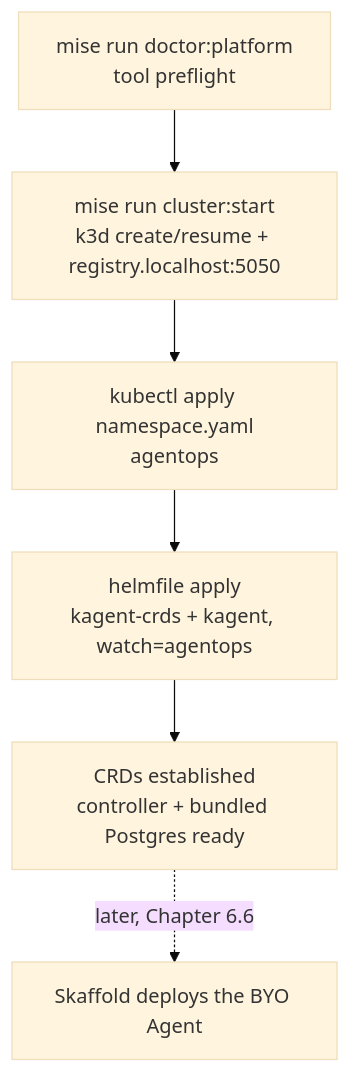
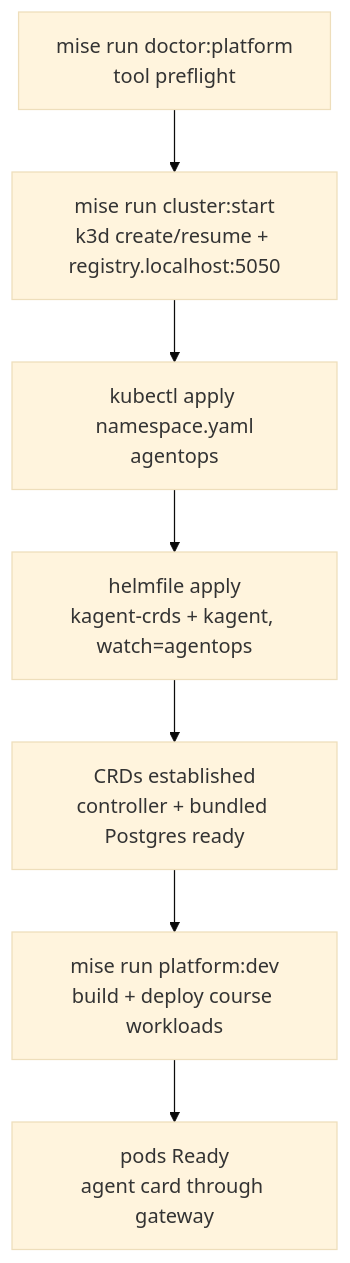
One commit to LuiGGi629/agentops-open-course changed the first of 3 diagrams in docs/6. Platform/6.2. Platform Install.md. Above: the diagram before and after it, drawn with Mermaid (base theme). The commit also changed other lines of this file and 121 other files, not shown here.

````diff
--- a/docs/6. Platform/6.2. Platform Install.md
+++ b/docs/6. Platform/6.2. Platform Install.md
@@ -15,8 +15,9 @@
 ```mermaid
 flowchart TD
     Doctor["mise run doctor:platform<br/>tool preflight"] --> Start["mise run cluster:start<br/>k3d create/resume + registry.localhost:5050"]
     Start --> NS["kubectl apply namespace.yaml<br/>agentops"]
     NS --> Helm["helmfile apply<br/>kagent-crds + kagent, watch=agentops"]
     Helm --> Ready["CRDs established<br/>controller + bundled Postgres ready"]
-    Ready -.->|"later, Chapter 6.6"| Skaffold["Skaffold deploys the BYO Agent"]
+    Ready --> Skaffold["mise run platform:dev<br/>build + deploy course workloads"]
+    Skaffold --> Check["pods Ready<br/>agent card through gateway"]
 ```
````
